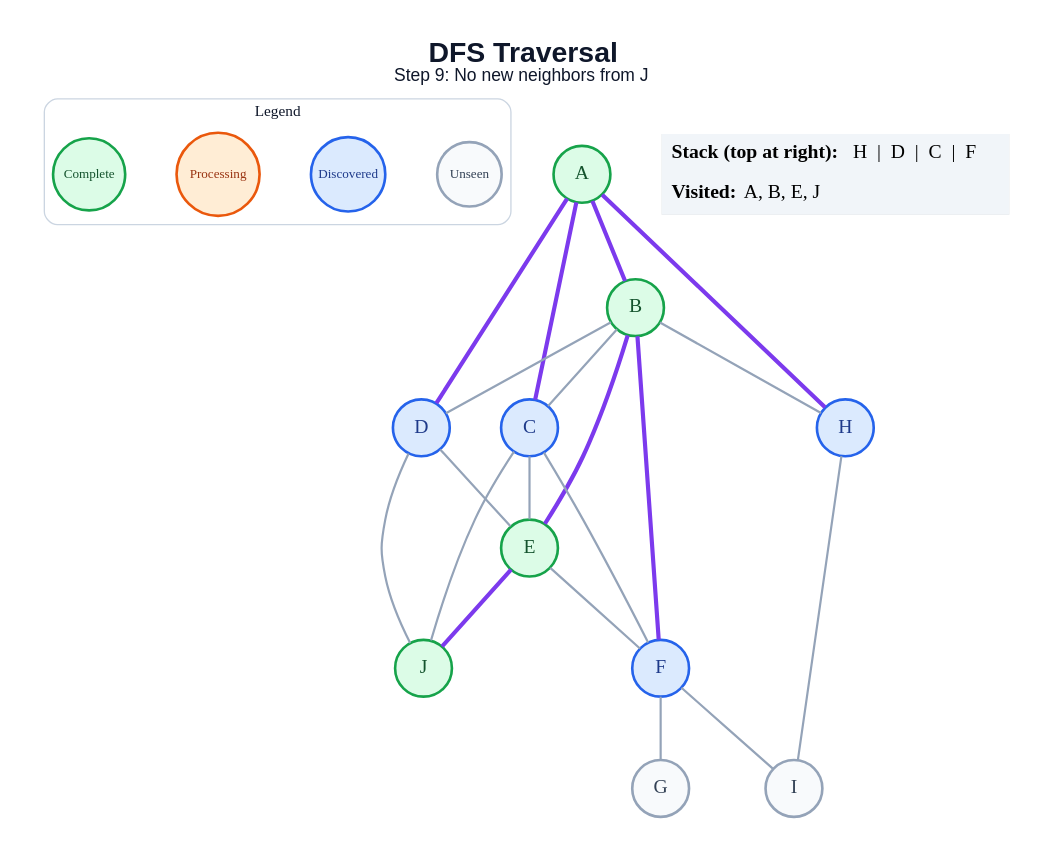
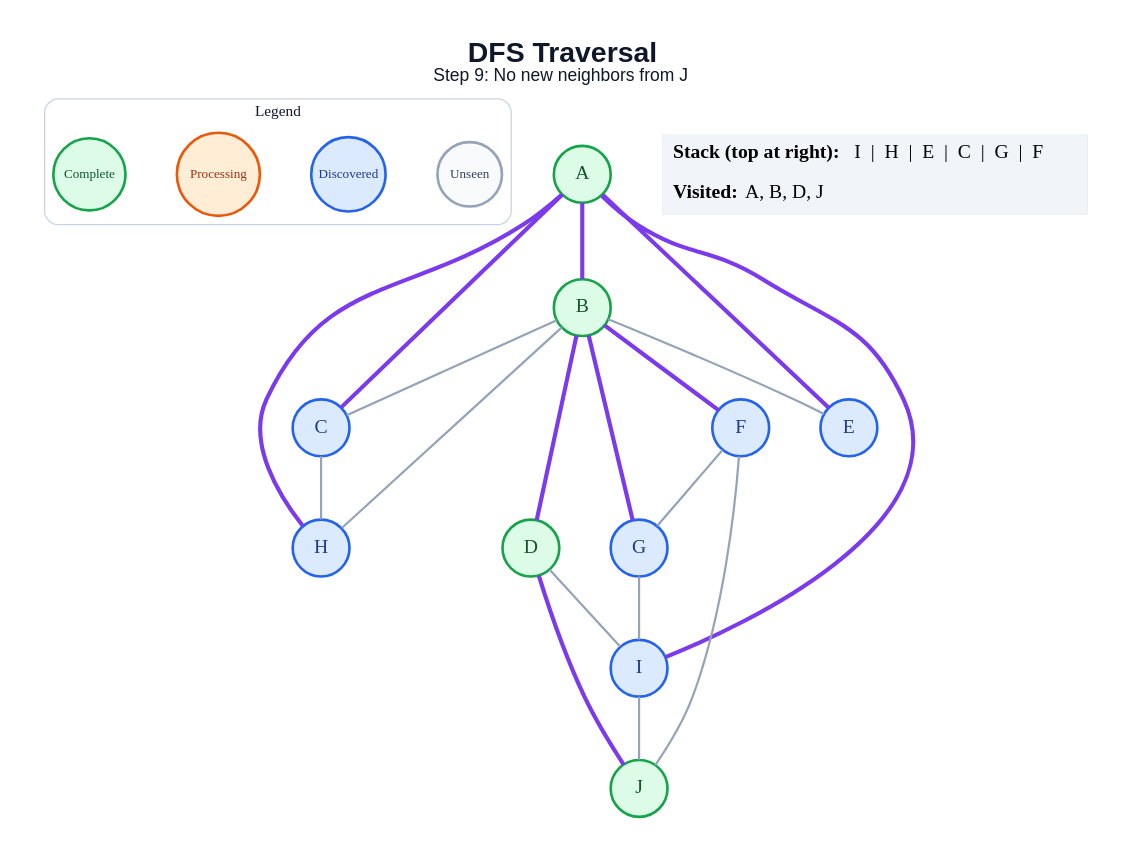
Before and after one commit to amanghodawala9/ai-slop: the diagram in generated/dfs/step_09.dot, drawn with Graphviz. The commit also changed 178 other files, not shown here.

```diff
--- a/generated/dfs/step_09.dot
+++ b/generated/dfs/step_09.dot
@@ -1,48 +1,47 @@
 graph traversal {
   graph [layout=dot, rankdir=TB, bgcolor="#FFFFFF", pad="0.35", nodesep="0.65", ranksep="0.8", fontname="Arial"];
   node [shape=circle, style="filled", fontname="Arial Bold", fontsize=18, width=0.72, fixedsize=true, penwidth=2.4];
   edge [color="#94A3B8", penwidth=2.0];
   label=<<B>DFS Traversal</B><BR/><FONT POINT-SIZE="16">Step 9: No new neighbors from J</FONT>>; labelloc="t"; fontsize=26; fontname="Arial"; fontcolor="#0F172A";
   subgraph cluster_legend { label="Legend"; color="#CBD5E1"; penwidth=1.2; style="rounded"; fontsize=14; fontname="Arial Bold";
     key_unseen [label="Unseen", fillcolor="#F8FAFC", color="#94A3B8", fontcolor="#334155", fontsize=12, width=0.82];
     key_frontier [label="Discovered", fillcolor="#DBEAFE", color="#2563EB", fontcolor="#1E3A8A", fontsize=12, width=0.95];
     key_current [label="Processing", fillcolor="#FFEDD5", color="#EA580C", fontcolor="#9A3412", fontsize=12, width=1.05];
     key_done [label="Complete", fillcolor="#DCFCE7", color="#16A34A", fontcolor="#14532D", fontsize=12, width=0.92];
     { rank=same; key_unseen; key_frontier; key_current; key_done; }
   }
   A [fillcolor="#DCFCE7", color="#16A34A", fontcolor="#14532D"];
   B [fillcolor="#DCFCE7", color="#16A34A", fontcolor="#14532D"];
   C [fillcolor="#DBEAFE", color="#2563EB", fontcolor="#1E3A8A"];
-  D [fillcolor="#DBEAFE", color="#2563EB", fontcolor="#1E3A8A"];
-  E [fillcolor="#DCFCE7", color="#16A34A", fontcolor="#14532D"];
+  D [fillcolor="#DCFCE7", color="#16A34A", fontcolor="#14532D"];
+  E [fillcolor="#DBEAFE", color="#2563EB", fontcolor="#1E3A8A"];
   F [fillcolor="#DBEAFE", color="#2563EB", fontcolor="#1E3A8A"];
-  G [fillcolor="#F8FAFC", color="#94A3B8", fontcolor="#334155"];
+  G [fillcolor="#DBEAFE", color="#2563EB", fontcolor="#1E3A8A"];
   H [fillcolor="#DBEAFE", color="#2563EB", fontcolor="#1E3A8A"];
-  I [fillcolor="#F8FAFC", color="#94A3B8", fontcolor="#334155"];
+  I [fillcolor="#DBEAFE", color="#2563EB", fontcolor="#1E3A8A"];
   J [fillcolor="#DCFCE7", color="#16A34A", fontcolor="#14532D"];
   A -- B [color="#7C3AED", penwidth=3.8];
   A -- C [color="#7C3AED", penwidth=3.8];
-  A -- D [color="#7C3AED", penwidth=3.8];
+  A -- E [color="#7C3AED", penwidth=3.8];
   A -- H [color="#7C3AED", penwidth=3.8];
+  A -- I [color="#7C3AED", penwidth=3.8];
   B -- C;
-  B -- D;
-  B -- E [color="#7C3AED", penwidth=3.8];
+  B -- D [color="#7C3AED", penwidth=3.8];
+  B -- E;
   B -- F [color="#7C3AED", penwidth=3.8];
+  B -- G [color="#7C3AED", penwidth=3.8];
   B -- H;
-  C -- E;
-  C -- F;
-  C -- J;
-  D -- E;
-  D -- J;
-  E -- F;
-  E -- J [color="#7C3AED", penwidth=3.8];
+  C -- H;
+  D -- I;
+  D -- J [color="#7C3AED", penwidth=3.8];
   F -- G;
-  F -- I;
-  H -- I;
+  F -- J;
+  G -- I;
+  I -- J;
   status [shape=plain, fixedsize=false, width=0, height=0, margin=0, label=<
     <TABLE BORDER="0" CELLBORDER="0" CELLPADDING="7" BGCOLOR="#F1F5F9">
-      <TR><TD ALIGN="LEFT"><B>Stack (top at right):</B> H  |  D  |  C  |  F</TD></TR>
-      <TR><TD ALIGN="LEFT"><B>Visited:</B> A, B, E, J</TD></TR>
+      <TR><TD ALIGN="LEFT"><B>Stack (top at right):</B> I  |  H  |  E  |  C  |  G  |  F</TD></TR>
+      <TR><TD ALIGN="LEFT"><B>Visited:</B> A, B, D, J</TD></TR>
     </TABLE>
   >];
 }
```
